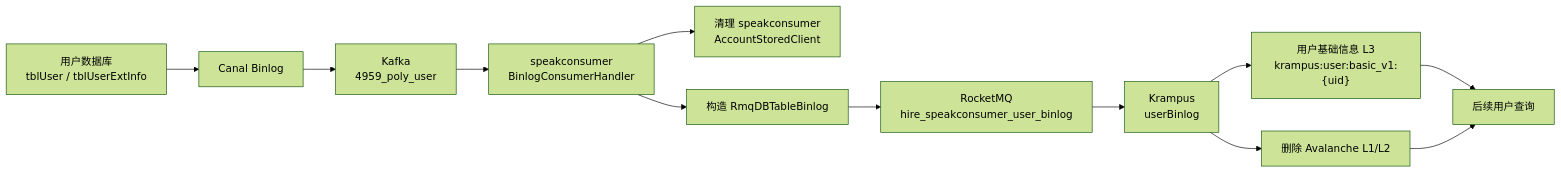
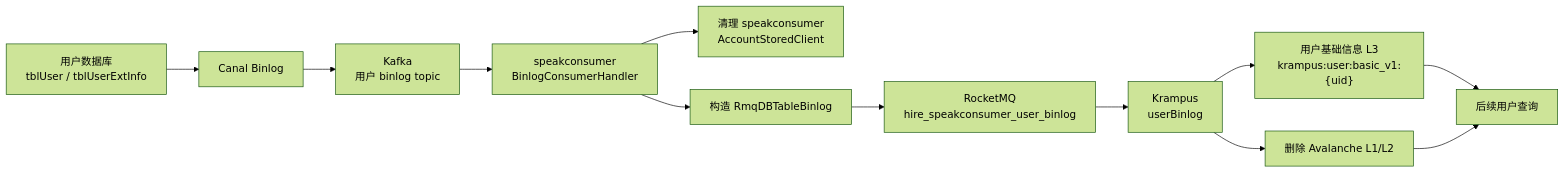
Before and after one commit to cug-ptq/polyweb: the first of 4 diagrams in cache/用户基础信息Binlog到Krampus.md, drawn with Mermaid (forest theme). The commit also changed other lines of this file, not shown here.

Commit message:
ci krampus/kafka

````diff
--- a/cache/用户基础信息Binlog到Krampus.md
+++ b/cache/用户基础信息Binlog到Krampus.md
@@ -23,14 +23,14 @@
 ```mermaid
 flowchart LR
     DB["用户数据库<br/>tblUser / tblUserExtInfo"] --> CANAL["Canal Binlog"]
-    CANAL --> KAFKA["Kafka<br/>4959_poly_user"]
+    CANAL --> KAFKA["Kafka<br/>用户 binlog topic"]
     KAFKA --> SC["speakconsumer<br/>BinlogConsumerHandler"]
     SC --> EVICT["清理 speakconsumer<br/>AccountStoredClient"]
     SC --> NORMALIZE["构造 RmqDBTableBinlog"]
     NORMALIZE --> RMQ["RocketMQ<br/>hire_speakconsumer_user_binlog"]
     RMQ --> KR["Krampus<br/>userBinlog"]
     KR --> L3["用户基础信息 L3<br/>krampus:user:basic_v1:{uid}"]
     KR --> INVALIDATE["删除 Avalanche L1/L2"]
     L3 --> QUERY["后续用户查询"]
     INVALIDATE --> QUERY
 ```
````
